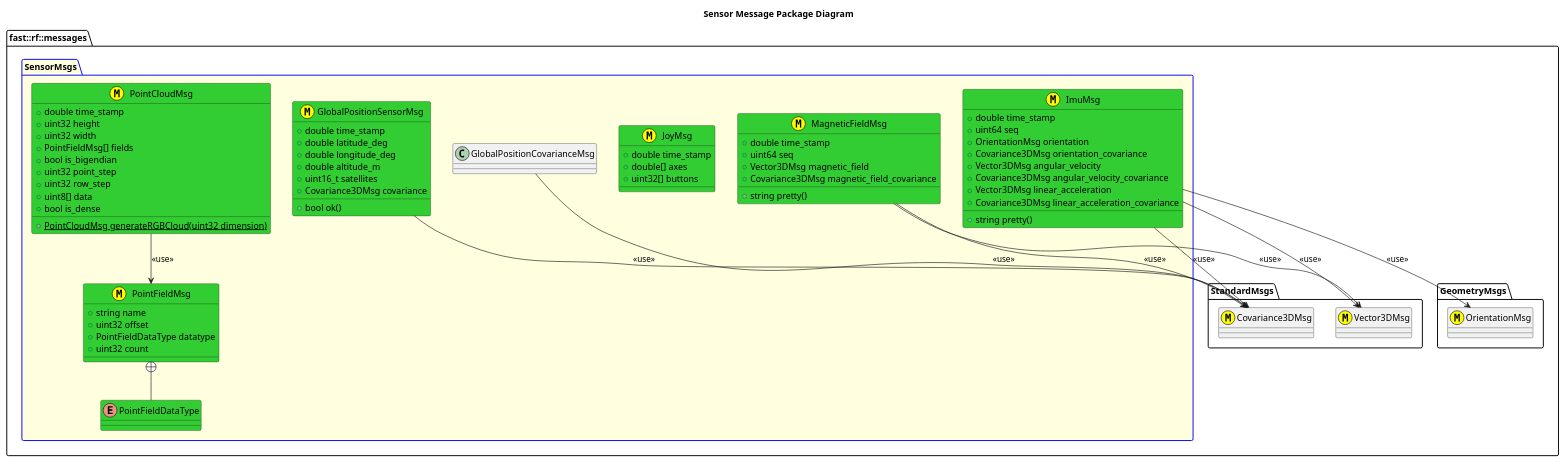
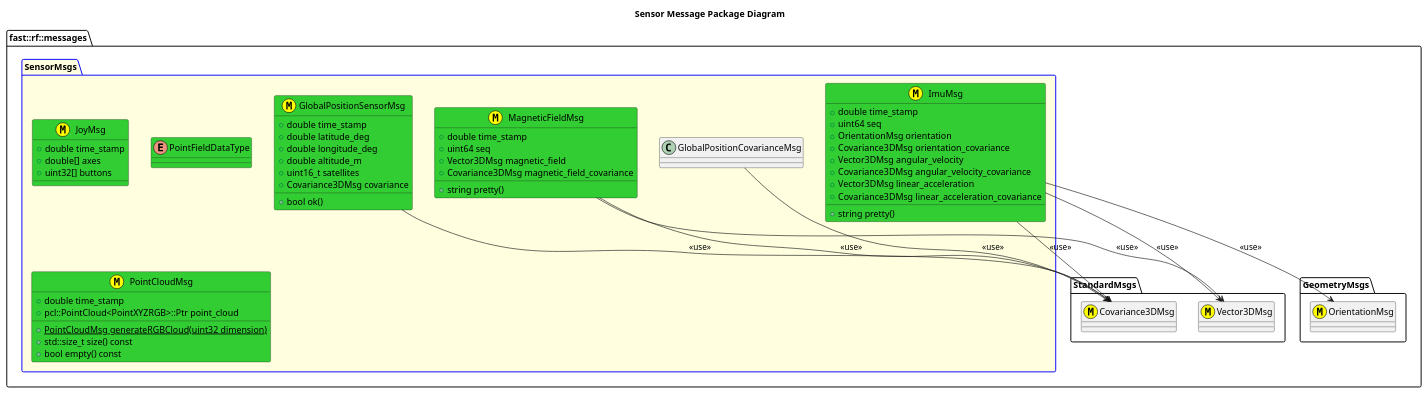
Before and after one commit to fastrobotics/robot_framework: the diagram in msgs/SensorMsgs/doc/puml/SensorMessagesClassDiagram.puml, drawn with PlantUML. The commit also changed 21 other files, not shown here.

```diff
--- a/msgs/SensorMsgs/doc/puml/SensorMessagesClassDiagram.puml
+++ b/msgs/SensorMsgs/doc/puml/SensorMessagesClassDiagram.puml
@@ -1,79 +1,66 @@
 @startuml
 title Sensor Message Package Diagram
 
 namespace fast::rf::messages {
   namespace StandardMsgs {
     class Covariance3DMsg <<(M,#FFFF00) >>
     class Vector3DMsg <<(M,#FFFF00)>>
   }
   namespace GeometryMsgs {
     class OrientationMsg <<(M,#FFFF00) >>
   }
   package SensorMsgs #LightYellow;line:blue {
     GlobalPositionCovarianceMsg --> Covariance3DMsg: <<use>>
     struct GlobalPositionSensorMsg <<(M,#FFFF00)>> #LimeGreen {
       +double time_stamp
       +double latitude_deg
       +double longitude_deg
       +double altitude_m
       +uint16_t satellites
       +Covariance3DMsg covariance
       +bool ok()
     }
     GlobalPositionSensorMsg --> Covariance3DMsg: <<use>>
 
     struct JoyMsg <<(M,#FFFF00)>> #LimeGreen {
       +double time_stamp
       +double[] axes
       +uint32[] buttons
     }
 
     struct ImuMsg <<(M,#FFFF00)>> #LimeGreen {
       +double time_stamp
       +uint64 seq
       +OrientationMsg orientation
       +Covariance3DMsg orientation_covariance
       +Vector3DMsg angular_velocity
       +Covariance3DMsg angular_velocity_covariance
       +Vector3DMsg linear_acceleration
       +Covariance3DMsg linear_acceleration_covariance
       +string pretty()
     }
     ImuMsg --> OrientationMsg: <<use>>
     ImuMsg --> Vector3DMsg: <<use>>
     ImuMsg --> Covariance3DMsg: <<use>>
 
     struct MagneticFieldMsg <<(M,#FFFF00)>> #LimeGreen {
       +double time_stamp
       +uint64 seq
       +Vector3DMsg magnetic_field
       +Covariance3DMsg magnetic_field_covariance
       +string pretty()
     }
     MagneticFieldMsg --> Vector3DMsg: <<use>>
     MagneticFieldMsg --> Covariance3DMsg: <<use>>
     enum PointFieldDataType #LimeGreen {
 
     }
-    struct PointFieldMsg <<(M,#FFFF00)>> #LimeGreen {
-        +string name
-        +uint32 offset
-        +PointFieldDataType datatype
-        +uint32 count
-    }
-    PointFieldMsg +-- PointFieldDataType
     struct PointCloudMsg <<(M,#FFFF00)>> #LimeGreen {
         +{static} PointCloudMsg generateRGBCloud(uint32 dimension)
         +double time_stamp
-        +uint32 height
-        +uint32 width
-        +PointFieldMsg[] fields
-        +bool is_bigendian
-        +uint32 point_step
-        +uint32 row_step
-        +uint8[] data
-        +bool is_dense
+        +pcl::PointCloud<PointXYZRGB>::Ptr point_cloud
+        +std::size_t size() const
+        +bool empty() const
     }
-    PointCloudMsg --> PointFieldMsg: <<use>>
   }
   @enduml
```
